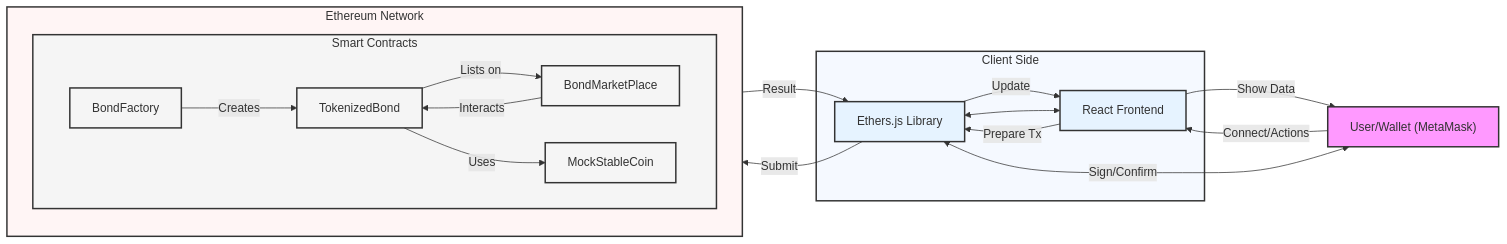
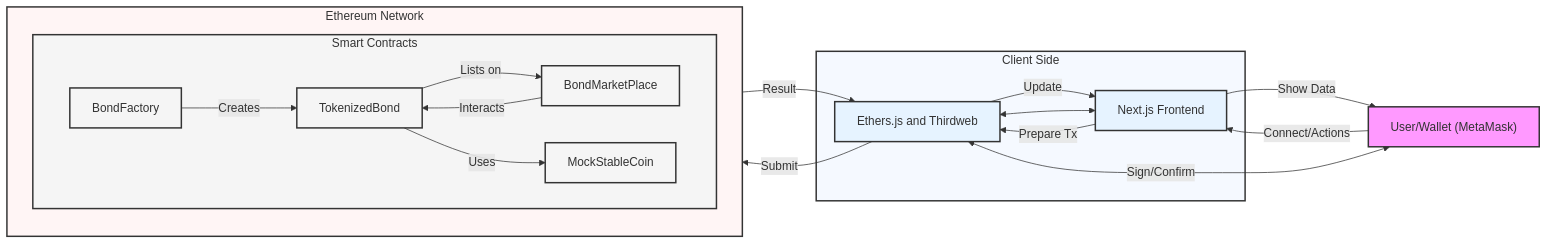
Before and after one commit to whanyu1212/fractional-bond-trading: the first of 7 diagrams in README.md, drawn with Mermaid. The commit also changed other lines of this file, not shown here.

````diff
--- a/README.md
+++ b/README.md
@@ -85,45 +105,45 @@
 ```mermaid
 flowchart LR
     subgraph Client["Client Side"]
-        UI[React Frontend]
-        EJS[Ethers.js Library]
+        UI[Next.js Frontend]
+        EJS[Ethers.js and Thirdweb]
         UI <--> EJS
     end
 
     subgraph Blockchain["Ethereum Network"]
         subgraph Contracts["Smart Contracts"]
             BF[BondFactory]
             TB[TokenizedBond]
             BM[BondMarketPlace]
             MS[MockStableCoin]
             
             BF -->|Creates| TB
             TB -->|Lists on| BM
             TB -->|Uses| MS
             BM -->|Interacts| TB
         end
     end
 
     User["User/Wallet (MetaMask)"]
     User -->|Connect/Actions| UI
     UI -->|Show Data| User
     UI -->|Prepare Tx| EJS
     User <-->|Sign/Confirm| EJS
     EJS -->|Submit| Blockchain
     Blockchain -->|Result| EJS
     EJS -->|Update| UI
 
     %% Styling
     classDef client fill:#e6f3ff,stroke:#333,stroke-width:2px
     classDef contracts fill:#f5f5f5,stroke:#333,stroke-width:2px
     classDef user fill:#f9f,stroke:#333,stroke-width:2px
     
     class UI,EJS client
     class BF,TB,BM,MS contracts
     class User user
 
     %% Container Styling
     style Client fill:#f5f9ff,stroke:#333,stroke-width:2px
     style Blockchain fill:#fff5f5,stroke:#333,stroke-width:2px
     style Contracts fill:#f5f5f5,stroke:#333,stroke-width:2px
 ```
````
